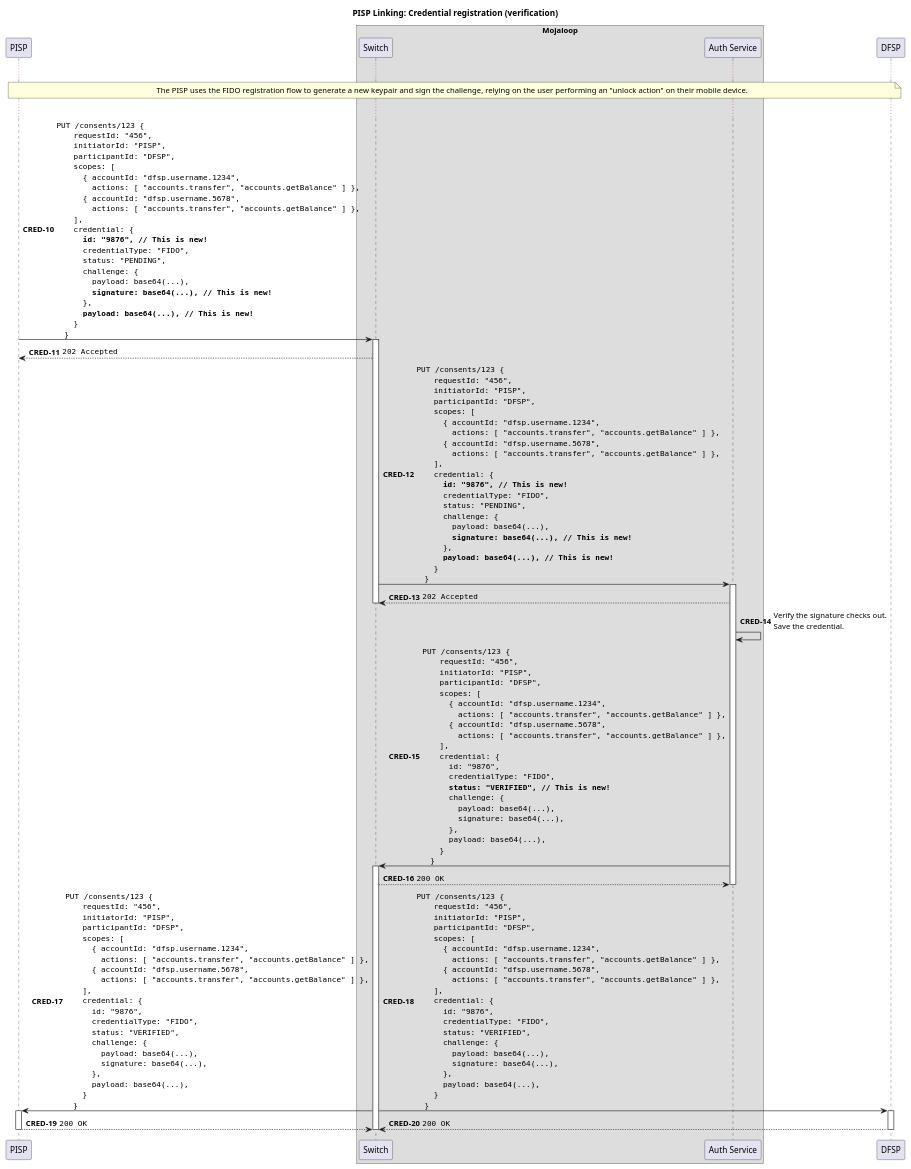
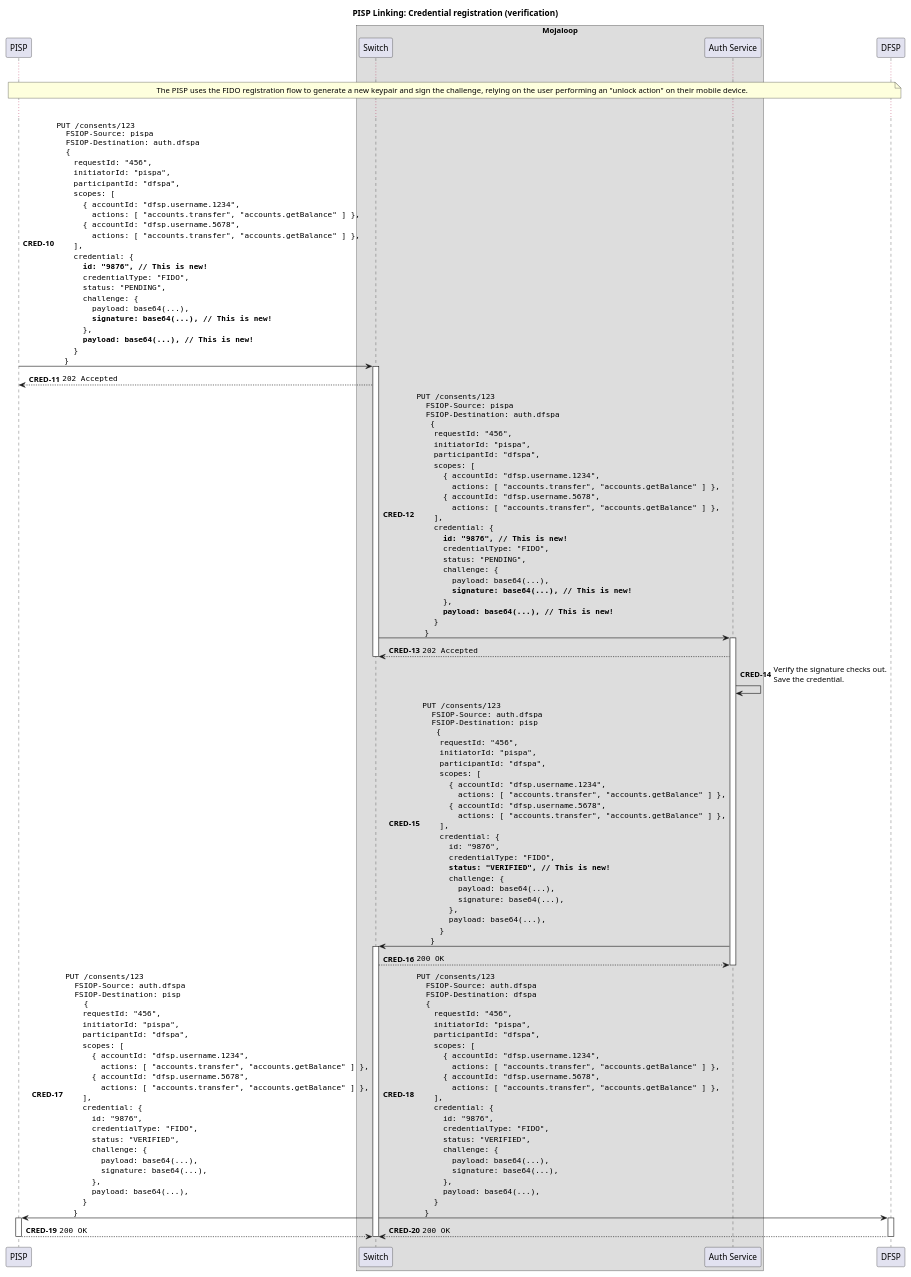
One commit to mojaloop/pisp-project changed the diagram in docs/linking/5b-credential-registration.puml. Above: the diagram before and after it, drawn with PlantUML. The commit also changed 9 other files, not shown here.

Commit message:
feat: update sequence diagrams to show correct headers

```diff
--- a/docs/linking/5b-credential-registration.puml
+++ b/docs/linking/5b-credential-registration.puml
@@ -1,145 +1,160 @@
 @startuml
 
 !pragma teoz true
 
 title PISP Linking: Credential registration (verification)
 
 participant "PISP" as PISP
 
 box "Mojaloop"
     participant Switch
     participant "Auth Service" as Auth
 end box
 
 participant "DFSP" as DFSP
 
 autonumber 10 "<b>CRED-#</b>"
 
 ...
 
 note over PISP, DFSP
     The PISP uses the FIDO registration flow to generate a new keypair and sign the challenge, relying on the user performing an "unlock action" on their mobile device.
 end note
 
 ...
 
-PISP -> Switch ++: ""PUT /consents/123 {""\n\
+PISP -> Switch ++: ""PUT /consents/123""\n\
+""  FSIOP-Source: pispa""\n\
+""  FSIOP-Destination: auth.dfspa""\n\
+""  {""\n\
     ""  requestId: "456",""\n\
-    ""  initiatorId: "PISP",""\n\
-    ""  participantId: "DFSP",""\n\
+    ""  initiatorId: "pispa",""\n\
+    ""  participantId: "dfspa",""\n\
     ""  scopes: [ ""\n\
     ""    { accountId: "dfsp.username.1234",""\n\
     ""      actions: [ "accounts.transfer", "accounts.getBalance" ] },""\n\
     ""    { accountId: "dfsp.username.5678",""\n\
     ""      actions: [ "accounts.transfer", "accounts.getBalance" ] },""\n\
     ""  ],""\n\
     ""  credential: {""\n\
     ""    **id: "9876", // This is new!**""\n\
     ""    credentialType: "FIDO",""\n\
     ""    status: "PENDING",""\n\
     ""    challenge: {""\n\
     ""      payload: base64(...),""\n\
     ""      **signature: base64(...), // This is new!**""\n\
     ""    },""\n\
     ""    **payload: base64(...), // This is new!**""\n\
     ""  }""\n\
     ""}""
 Switch --> PISP: ""202 Accepted""
 deactivate PISP
 
-Switch -> Auth ++: ""PUT /consents/123 {""\n\
+Switch -> Auth ++: ""PUT /consents/123""\n\
+""  FSIOP-Source: pispa""\n\
+""  FSIOP-Destination: auth.dfspa""\n\
+""   {""\n\
     ""  requestId: "456",""\n\
-    ""  initiatorId: "PISP",""\n\
-    ""  participantId: "DFSP",""\n\
+    ""  initiatorId: "pispa",""\n\
+    ""  participantId: "dfspa",""\n\
     ""  scopes: [ ""\n\
     ""    { accountId: "dfsp.username.1234",""\n\
     ""      actions: [ "accounts.transfer", "accounts.getBalance" ] },""\n\
     ""    { accountId: "dfsp.username.5678",""\n\
     ""      actions: [ "accounts.transfer", "accounts.getBalance" ] },""\n\
     ""  ],""\n\
     ""  credential: {""\n\
     ""    **id: "9876", // This is new!**""\n\
     ""    credentialType: "FIDO",""\n\
     ""    status: "PENDING",""\n\
     ""    challenge: {""\n\
     ""      payload: base64(...),""\n\
     ""      **signature: base64(...), // This is new!**""\n\
     ""    },""\n\
     ""    **payload: base64(...), // This is new!**""\n\
     ""  }""\n\
     ""}""
 Auth --> Switch: ""202 Accepted""
 deactivate Switch
 
 Auth -> Auth: Verify the signature checks out.\nSave the credential.
-Auth -> Switch ++: ""PUT /consents/123 {""\n\
+Auth -> Switch ++: ""PUT /consents/123""\n\
+""  FSIOP-Source: auth.dfspa""\n\
+""  FSIOP-Destination: pisp""\n\
+""   {""\n\
     ""  requestId: "456",""\n\
-    ""  initiatorId: "PISP",""\n\
-    ""  participantId: "DFSP",""\n\
+    ""  initiatorId: "pispa",""\n\
+    ""  participantId: "dfspa",""\n\
     ""  scopes: [ ""\n\
     ""    { accountId: "dfsp.username.1234",""\n\
     ""      actions: [ "accounts.transfer", "accounts.getBalance" ] },""\n\
     ""    { accountId: "dfsp.username.5678",""\n\
     ""      actions: [ "accounts.transfer", "accounts.getBalance" ] },""\n\
     ""  ],""\n\
     ""  credential: {""\n\
     ""    id: "9876",""\n\
     ""    credentialType: "FIDO",""\n\
     ""    **status: "VERIFIED", // This is new!**""\n\
     ""    challenge: {""\n\
     ""      payload: base64(...),""\n\
     ""      signature: base64(...),""\n\
     ""    },""\n\
     ""    payload: base64(...),""\n\
     ""  }""\n\
     ""}""
 Switch --> Auth: ""200 OK""
 deactivate Auth
 
-Switch -> PISP ++: ""PUT /consents/123 {""\n\
+Switch -> PISP ++: ""PUT /consents/123""\n\
+""  FSIOP-Source: auth.dfspa""\n\
+""  FSIOP-Destination: pisp""\n\
+""    {""\n\
     ""  requestId: "456",""\n\
-    ""  initiatorId: "PISP",""\n\
-    ""  participantId: "DFSP",""\n\
+    ""  initiatorId: "pispa",""\n\
+    ""  participantId: "dfspa",""\n\
     ""  scopes: [ ""\n\
     ""    { accountId: "dfsp.username.1234",""\n\
     ""      actions: [ "accounts.transfer", "accounts.getBalance" ] },""\n\
     ""    { accountId: "dfsp.username.5678",""\n\
     ""      actions: [ "accounts.transfer", "accounts.getBalance" ] },""\n\
     ""  ],""\n\
     ""  credential: {""\n\
     ""    id: "9876",""\n\
     ""    credentialType: "FIDO",""\n\
     ""    status: "VERIFIED",""\n\
     ""    challenge: {""\n\
     ""      payload: base64(...),""\n\
     ""      signature: base64(...),""\n\
     ""    },""\n\
     ""    payload: base64(...),""\n\
     ""  }""\n\
     ""}""
-& Switch -> DFSP ++: ""PUT /consents/123 {""\n\
+& Switch -> DFSP ++: ""PUT /consents/123""\n\
+""  FSIOP-Source: auth.dfspa""\n\
+""  FSIOP-Destination: dfspa""\n\
+""  {""\n\
     ""  requestId: "456",""\n\
-    ""  initiatorId: "PISP",""\n\
-    ""  participantId: "DFSP",""\n\
+    ""  initiatorId: "pispa",""\n\
+    ""  participantId: "dfspa",""\n\
     ""  scopes: [ ""\n\
     ""    { accountId: "dfsp.username.1234",""\n\
     ""      actions: [ "accounts.transfer", "accounts.getBalance" ] },""\n\
     ""    { accountId: "dfsp.username.5678",""\n\
     ""      actions: [ "accounts.transfer", "accounts.getBalance" ] },""\n\
     ""  ],""\n\
     ""  credential: {""\n\
     ""    id: "9876",""\n\
     ""    credentialType: "FIDO",""\n\
     ""    status: "VERIFIED",""\n\
     ""    challenge: {""\n\
     ""      payload: base64(...),""\n\
     ""      signature: base64(...),""\n\
     ""    },""\n\
     ""    payload: base64(...),""\n\
     ""  }""\n\
     ""}""
 PISP --> Switch --: ""200 OK""
 & DFSP --> Switch --: ""200 OK""
 deactivate Switch
 
 @enduml
```
